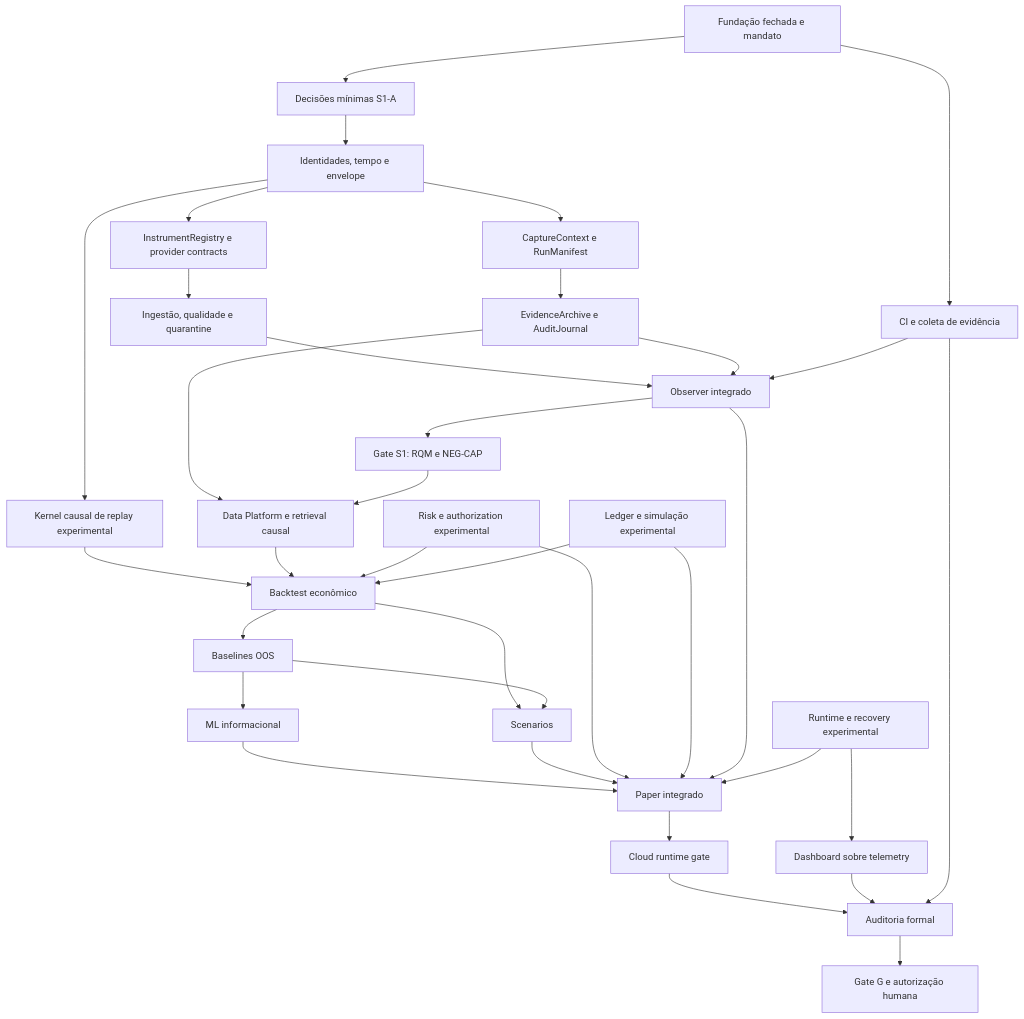
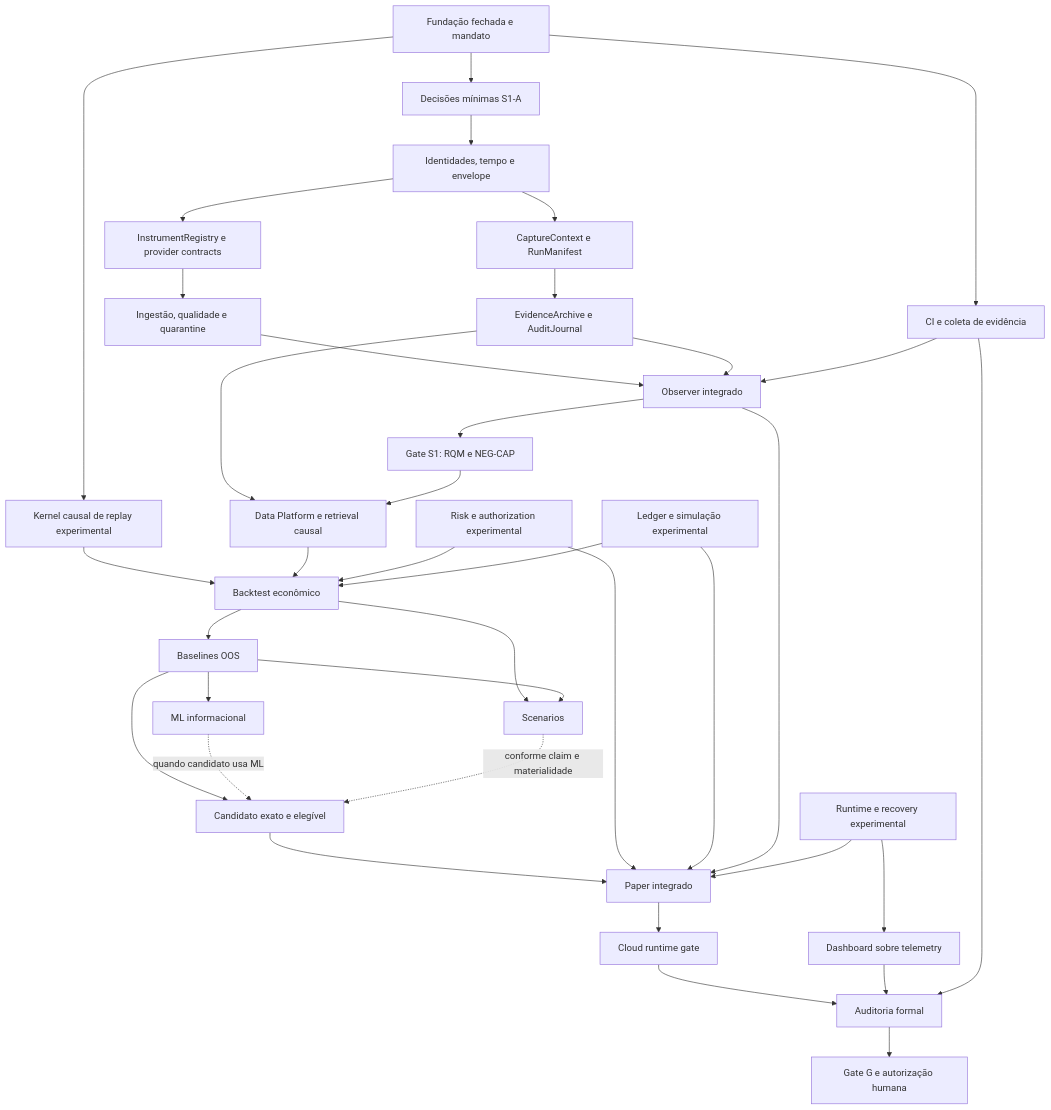
The diagram in docs/program/PROGRAM_EXECUTION.md (paulobmcosta-creator/btg-ai-trader), drawn with Mermaid before and after one commit. The commit also changed other lines of this file, not shown here.

````diff
--- a/docs/program/PROGRAM_EXECUTION.md
+++ b/docs/program/PROGRAM_EXECUTION.md
@@ -45,37 +45,39 @@
 ```mermaid
 flowchart TD
     F[Fundação fechada e mandato] --> D[Decisões mínimas S1-A]
     F --> CI[CI e coleta de evidência]
     D --> M[Identidades, tempo e envelope]
     M --> IP[InstrumentRegistry e provider contracts]
     M --> PC[CaptureContext e RunManifest]
     IP --> IN[Ingestão, qualidade e quarantine]
     PC --> EA[EvidenceArchive e AuditJournal]
     IN --> OBS[Observer integrado]
     EA --> OBS
     CI --> OBS
     OBS --> GS1[Gate S1: RQM e NEG-CAP]
-    M --> RK[Kernel causal de replay experimental]
+    F --> RK[Kernel causal de replay experimental]
     EA --> S2[Data Platform e retrieval causal]
     GS1 --> S2
     RK --> S3[Backtest econômico]
     S2 --> S3
     R[Risk e authorization experimental] --> S3
     L[Ledger e simulação experimental] --> S3
     S3 --> S4[Baselines OOS]
     S4 --> S5[ML informacional]
     S3 --> S6[Scenarios]
     S4 --> S6
-    S5 --> P[Paper integrado]
-    S6 --> P
+    S4 --> CAND[Candidato exato e elegível]
+    S5 -. quando candidato usa ML .-> CAND
+    S6 -. conforme claim e materialidade .-> CAND
+    CAND --> P[Paper integrado]
     R --> P
     L --> P
     OBS --> P
     RT[Runtime e recovery experimental] --> P
     P --> S9[Cloud runtime gate]
     RT --> UI[Dashboard sobre telemetry]
     S9 --> AU[Auditoria formal]
     UI --> AU
     CI --> AU
     AU --> H[Gate G e autorização humana]
 ```
````
